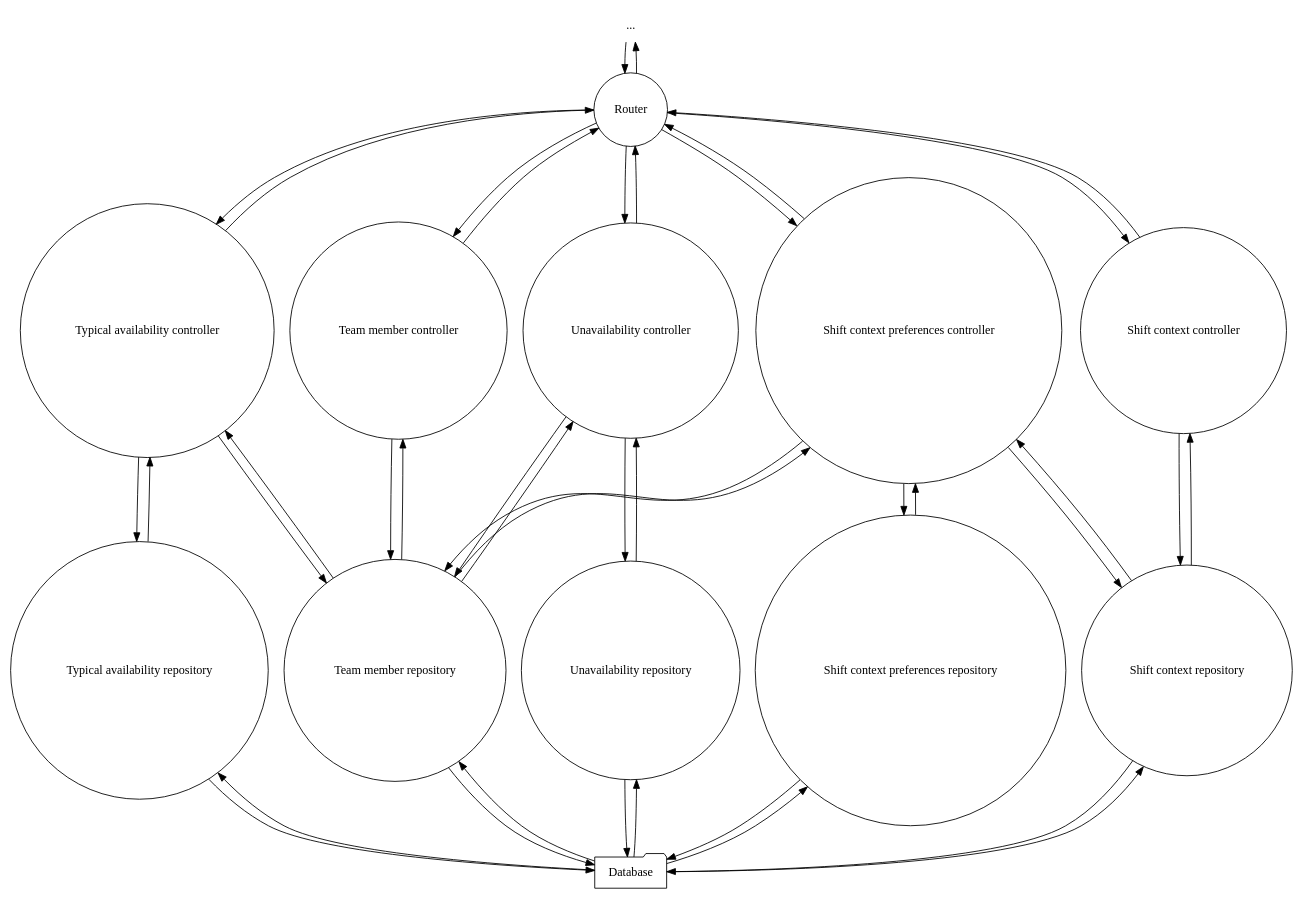
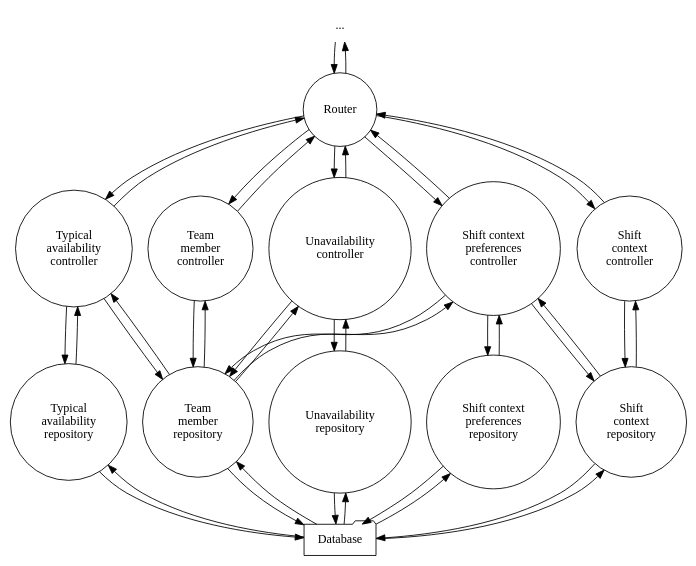
Before and after one commit to luke-hamann/stc-cis-248: the diagram in design/data_flow_diagrams/level_2.1.dot, drawn with Graphviz. The commit also changed 13 other files, not shown here.

```diff
--- a/design/data_flow_diagrams/level_2.1.dot
+++ b/design/data_flow_diagrams/level_2.1.dot
@@ -1,69 +1,69 @@
 digraph data_flow_diagram {
     node [ shape = circle ]
     
     "..." [ shape = none ]
     
     "..." -> Router -> "..."
 
     subgraph controllers {
         rank = same
         
-        "Team member controller"
-        "Typical availability controller"
-        "Unavailability controller"
-        "Shift context controller"
-        "Shift context preferences controller"
+        "Team\nmember\ncontroller"
+        "Typical\navailability\ncontroller"
+        "Unavailability\ncontroller"
+        "Shift\ncontext\ncontroller"
+        "Shift context\npreferences\ncontroller"
     }
     
     Router -> {
-        "Team member controller"
-        "Typical availability controller"
-        "Unavailability controller"
-        "Shift context controller"
-        "Shift context preferences controller"
+        "Team\nmember\ncontroller"
+        "Typical\navailability\ncontroller"
+        "Unavailability\ncontroller"
+        "Shift\ncontext\ncontroller"
+        "Shift context\npreferences\ncontroller"
     } -> Router
     
     subgraph repositories {
         rank = same
         
-        "Team member repository"
-        "Typical availability repository"
-        "Unavailability repository"
-        "Shift context repository"
-        "Shift context preferences repository"
+        "Team\nmember\nrepository"
+        "Typical\navailability\nrepository"
+        "Unavailability\nrepository"
+        "Shift\ncontext\nrepository"
+        "Shift context\npreferences\nrepository"
     }
     
-    "Team member controller" -> {
-        "Team member repository"
-    } -> "Team member controller"
+    "Team\nmember\ncontroller" -> {
+        "Team\nmember\nrepository"
+    } -> "Team\nmember\ncontroller"
     
-    "Typical availability controller" -> {
-        "Team member repository"
-        "Typical availability repository"
-    } -> "Typical availability controller"
+    "Typical\navailability\ncontroller" -> {
+        "Team\nmember\nrepository"
+        "Typical\navailability\nrepository"
+    } -> "Typical\navailability\ncontroller"
     
-    "Unavailability controller" -> {
-        "Team member repository"
-        "Unavailability repository"
-    } -> "Unavailability controller"
+    "Unavailability\ncontroller" -> {
+        "Team\nmember\nrepository"
+        "Unavailability\nrepository"
+    } -> "Unavailability\ncontroller"
     
-    "Shift context controller" -> {
-        "Shift context repository"
-    } -> "Shift context controller"
+    "Shift\ncontext\ncontroller" -> {
+        "Shift\ncontext\nrepository"
+    } -> "Shift\ncontext\ncontroller"
     
-    "Shift context preferences controller" -> {
-        "Team member repository"
-        "Shift context repository"
-        "Shift context preferences repository"
-    } -> "Shift context preferences controller"
+    "Shift context\npreferences\ncontroller" -> {
+        "Team\nmember\nrepository"
+        "Shift\ncontext\nrepository"
+        "Shift context\npreferences\nrepository"
+    } -> "Shift context\npreferences\ncontroller"
     
     Database [ shape = folder ]
     
     Database -> {
-        "Team member repository"
-        "Typical availability repository"
-        "Unavailability repository"
-        "Shift context repository"
-        "Shift context preferences repository"
+        "Team\nmember\nrepository"
+        "Typical\navailability\nrepository"
+        "Unavailability\nrepository"
+        "Shift\ncontext\nrepository"
+        "Shift context\npreferences\nrepository"
     } -> Database
 }
```
